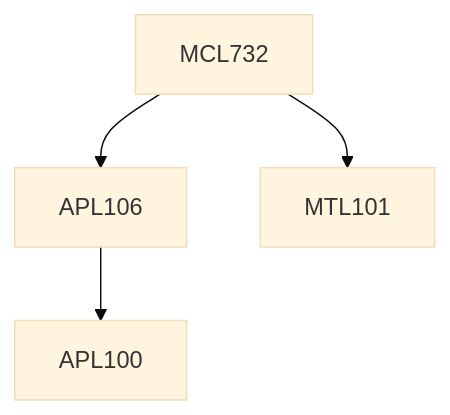
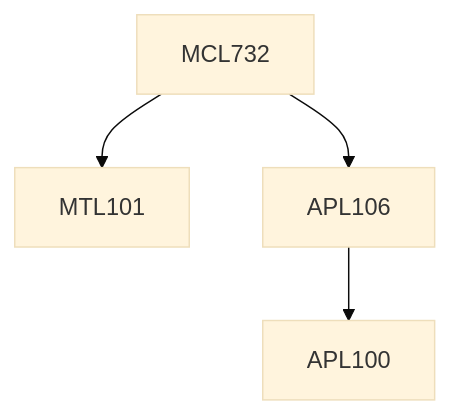
Before and after one commit to KeshavBansal0122/CoS_Website: the diagram in content/Mechanical Engineering/MCL732.md, drawn with Mermaid (base theme). The commit also changed other lines of this file and 392 other files, not shown here.

````diff
--- a/content/Mechanical Engineering/MCL732.md
+++ b/content/Mechanical Engineering/MCL732.md
@@ -13,10 +13,10 @@
 ```mermaid
 flowchart TD
 MCL732-1458[MCL732]
+MCL732-1458 --> MTL101-1458[MTL101]
+MCL732-1458 --> APL106-1458[APL106]
 APL106-1458 --> APL100-1458[APL100]
-MCL732-1458 --> APL106-1458[APL106]
-MCL732-1458 --> MTL101-1458[MTL101]
 
 classDef empty height:17px, fill:transparent, stroke:transparent;
 classDef trueEmpty height:0px, width:0px;
 ```
````
